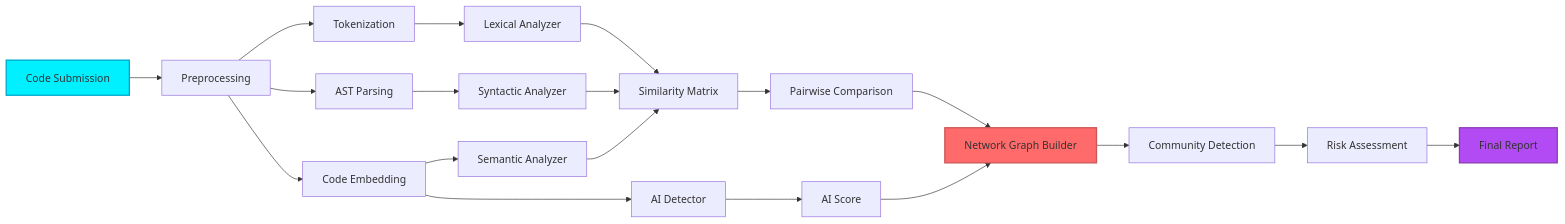
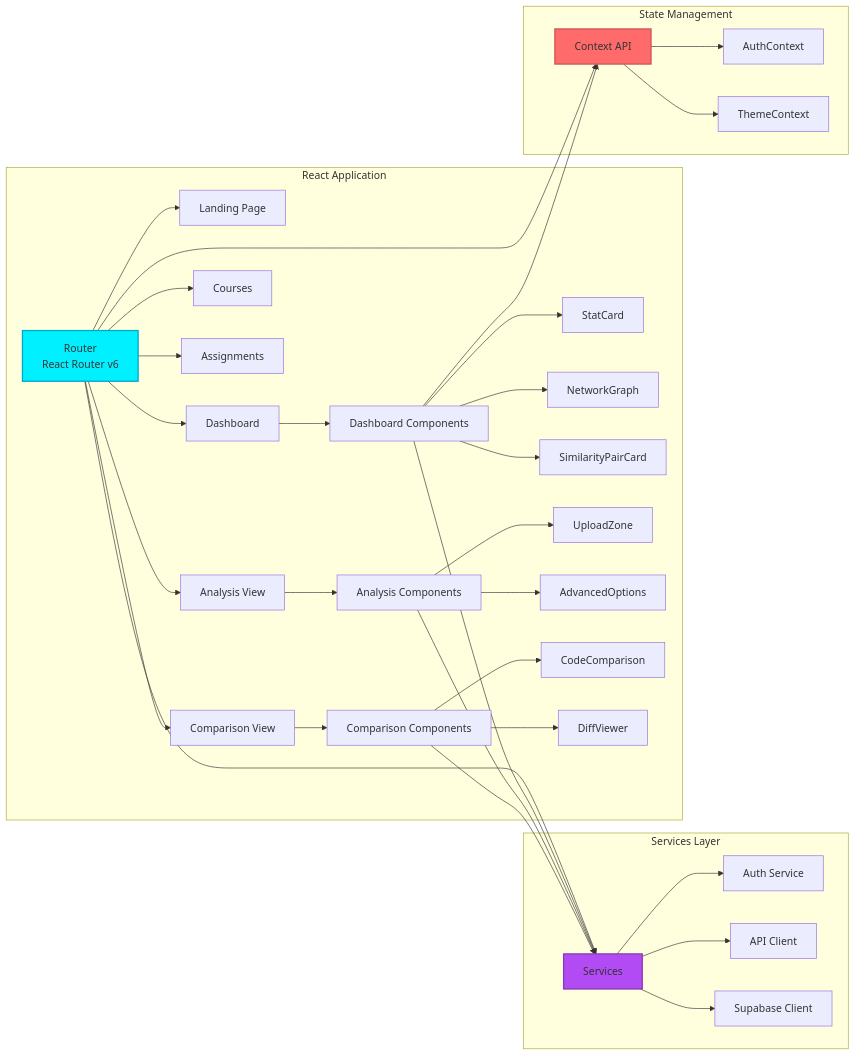
Before and after one commit to Shafwansafi06/code-guard-nexus: the third of 4 diagrams in README.md, drawn with Mermaid. The commit also changed other lines of this file and 18 other files, not shown here.

````diff
--- a/README.md
+++ b/README.md
@@ -312,29 +180,50 @@
 ```mermaid
 graph LR
-    A[Code Submission] --> B[Preprocessing]
-    B --> C[Tokenization]
-    B --> D[AST Parsing]
-    B --> E[Code Embedding]
+    subgraph "React Application"
+        R[Router<br/>React Router v6]
+        R --> L[Landing Page]
+        R --> D[Dashboard]
+        R --> C[Courses]
+        R --> AS[Assignments]
+        R --> AN[Analysis View]
+        R --> CO[Comparison View]
+        
+        D --> DC[Dashboard Components]
+        DC --> ST[StatCard]
+        DC --> NG[NetworkGraph]
+        DC --> SP[SimilarityPairCard]
+        
+        AN --> AC[Analysis Components]
+        AC --> UZ[UploadZone]
+        AC --> AO[AdvancedOptions]
+        
+        CO --> CC[Comparison Components]
+        CC --> CD[CodeComparison]
+        CC --> DV[DiffViewer]
+    end
     
-    C --> F[Lexical Analyzer]
-    D --> G[Syntactic Analyzer]
-    E --> H[Semantic Analyzer]
-    E --> I[AI Detector]
+    subgraph "Services Layer"
+        SV[Services]
+        SV --> AU[Auth Service]
+        SV --> AP[API Client]
+        SV --> SU[Supabase Client]
+    end
     
-    F --> J[Similarity Matrix]
-    G --> J
-    H --> J
-    I --> K[AI Score]
+    subgraph "State Management"
+        CTX[Context API]
+        CTX --> AUC[AuthContext]
+        CTX --> TC[ThemeContext]
+    end
     
-    J --> L[Pairwise Comparison]
-    L --> M[Network Graph Builder]
-    K --> M
+    R --> SV
+    DC --> SV
+    AC --> SV
+    CC --> SV
     
-    M --> N[Community Detection]
-    N --> O[Risk Assessment]
-    O --> P[Final Report]
+    R --> CTX
+    DC --> CTX
     
-    style A fill:#00F0FF,stroke:#00A8CC,stroke-width:2px
-    style P fill:#B24BF3,stroke:#8B3CB3,stroke-width:2px
-    style M fill:#FF6B6B,stroke:#CC5555,stroke-width:2px
+    style R fill:#00F0FF,stroke:#00A8CC,stroke-width:2px
+    style SV fill:#B24BF3,stroke:#8B3CB3,stroke-width:2px
+    style CTX fill:#FF6B6B,stroke:#CC5555,stroke-width:2px
 ```
````
